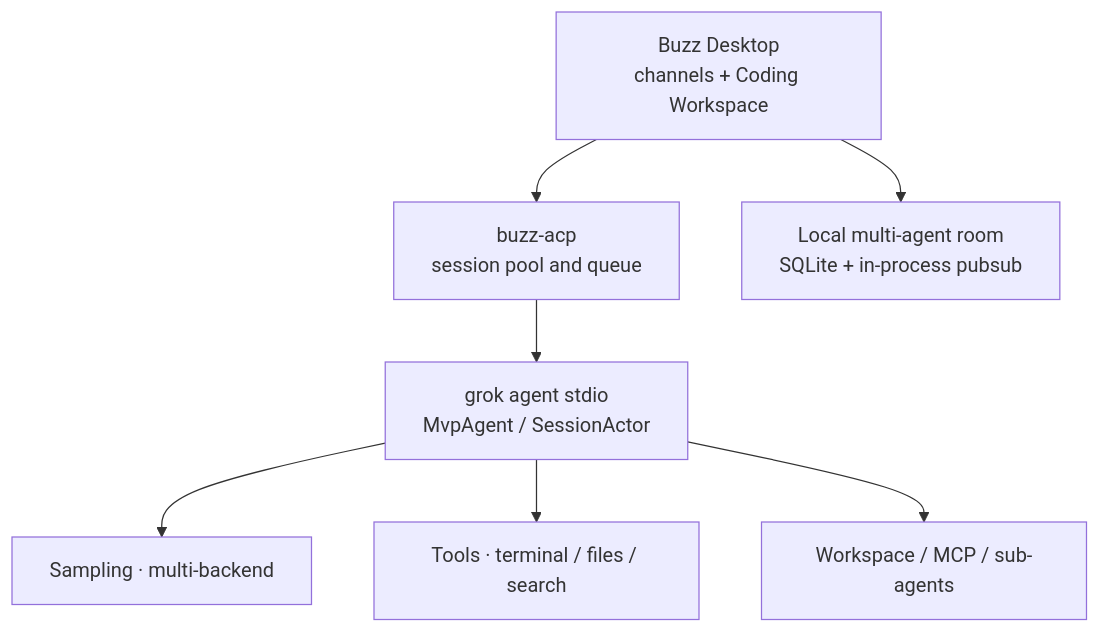
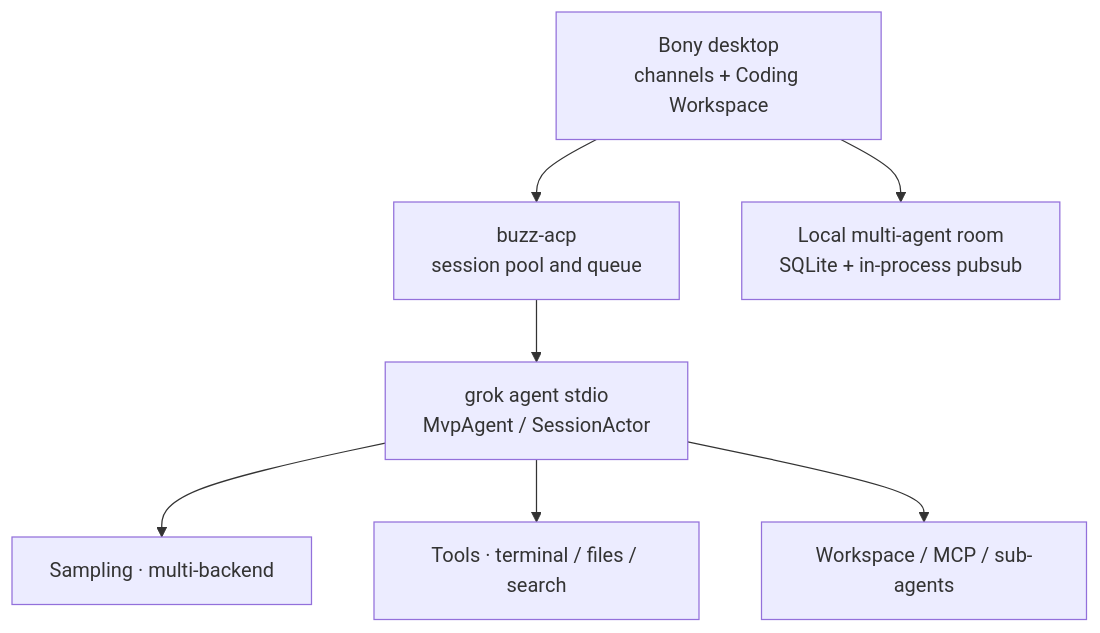
Before and after one commit to phuhao00/bony: the diagram in README.en.md, drawn with Mermaid. The commit also changed other lines of this file and 17 other files, not shown here.

````diff
--- a/README.en.md
+++ b/README.en.md
@@ -185,16 +177,16 @@
 ```mermaid
 flowchart TB
-  UI["Buzz Desktop<br/>channels + Coding Workspace"]
+  UI["Bony desktop<br/>channels + Coding Workspace"]
   ACP["buzz-acp<br/>session pool and queue"]
   Agent["grok agent stdio<br/>MvpAgent / SessionActor"]
   Sample["Sampling · multi-backend"]
   Tools["Tools · terminal / files / search"]
   WS["Workspace / MCP / sub-agents"]
   Room["Local multi-agent room<br/>SQLite + in-process pubsub"]
 
   UI --> ACP --> Agent
   Agent --> Sample
   Agent --> Tools
   Agent --> WS
   UI --> Room
 ```
````
